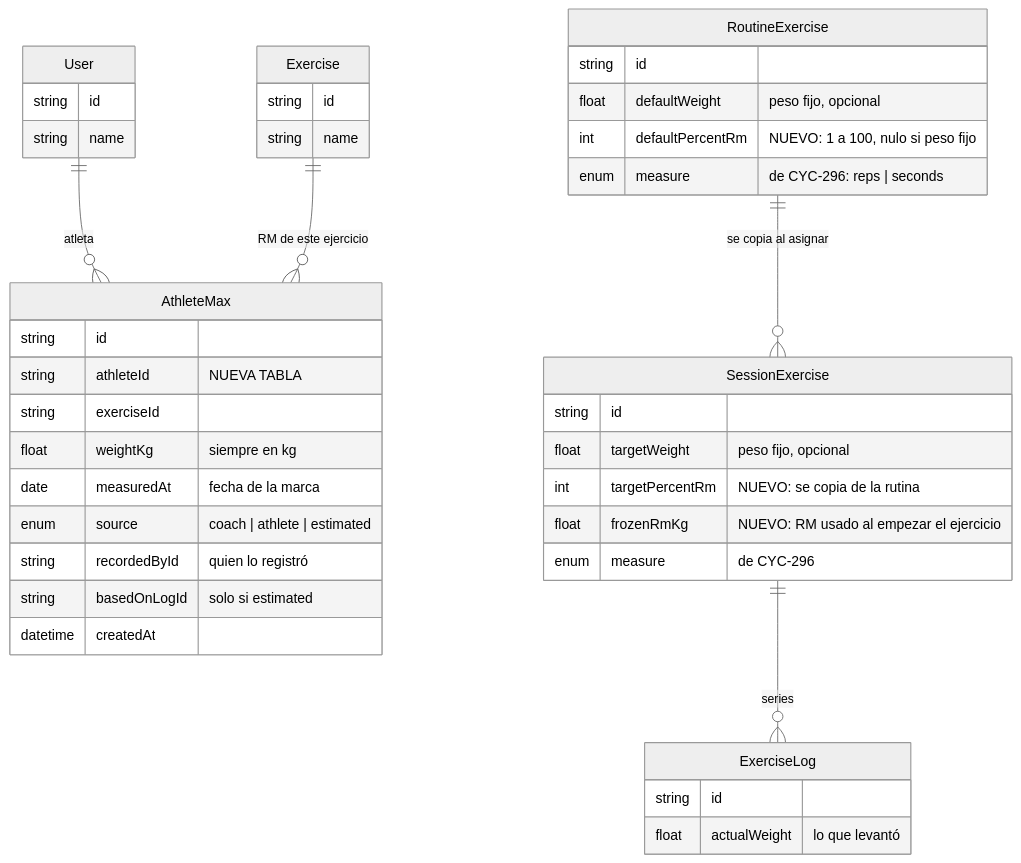
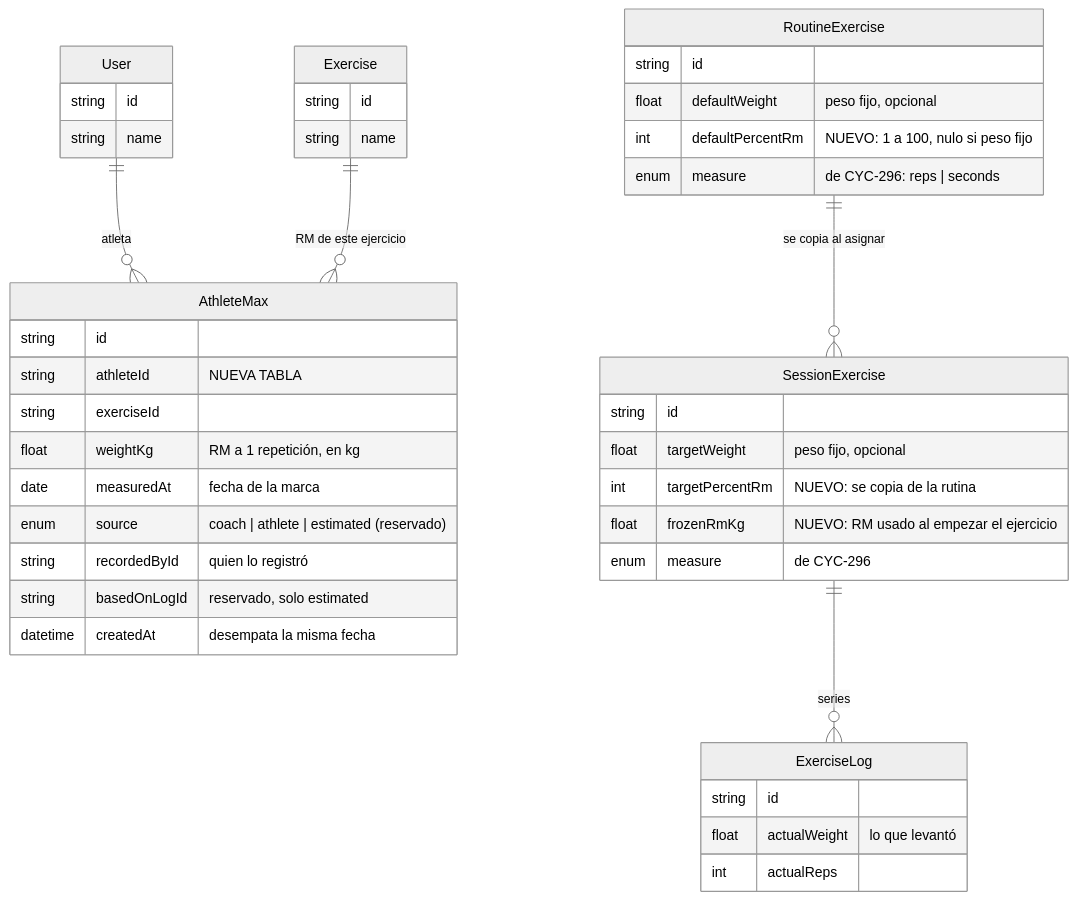
The first of 2 diagrams in docs/diseno/rm-porcentaje/README.md (mariapazGomez/cycles), drawn with Mermaid (neutral theme) before and after one commit. The commit also changed other lines of this file and 24 other files, not shown here.

````diff
--- a/docs/diseno/rm-porcentaje/README.md
+++ b/docs/diseno/rm-porcentaje/README.md
@@ -57,43 +64,44 @@
 ```mermaid
 erDiagram
     User {
         string id
         string name
     }
     Exercise {
         string id
         string name
     }
     AthleteMax {
         string id
         string athleteId "NUEVA TABLA"
         string exerciseId
-        float weightKg "siempre en kg"
+        float weightKg "RM a 1 repetición, en kg"
         date measuredAt "fecha de la marca"
-        enum source "coach | athlete | estimated"
+        enum source "coach | athlete | estimated (reservado)"
         string recordedById "quien lo registró"
-        string basedOnLogId "solo si estimated"
-        datetime createdAt
+        string basedOnLogId "reservado, solo estimated"
+        datetime createdAt "desempata la misma fecha"
     }
     RoutineExercise {
         string id
         float defaultWeight "peso fijo, opcional"
         int defaultPercentRm "NUEVO: 1 a 100, nulo si peso fijo"
         enum measure "de CYC-296: reps | seconds"
     }
     SessionExercise {
         string id
         float targetWeight "peso fijo, opcional"
         int targetPercentRm "NUEVO: se copia de la rutina"
         float frozenRmKg "NUEVO: RM usado al empezar el ejercicio"
         enum measure "de CYC-296"
     }
     ExerciseLog {
         string id
         float actualWeight "lo que levantó"
+        int actualReps
     }
     User ||--o{ AthleteMax : "atleta"
     Exercise ||--o{ AthleteMax : "RM de este ejercicio"
     RoutineExercise ||--o{ SessionExercise : "se copia al asignar"
     SessionExercise ||--o{ ExerciseLog : "series"
 ```
````
